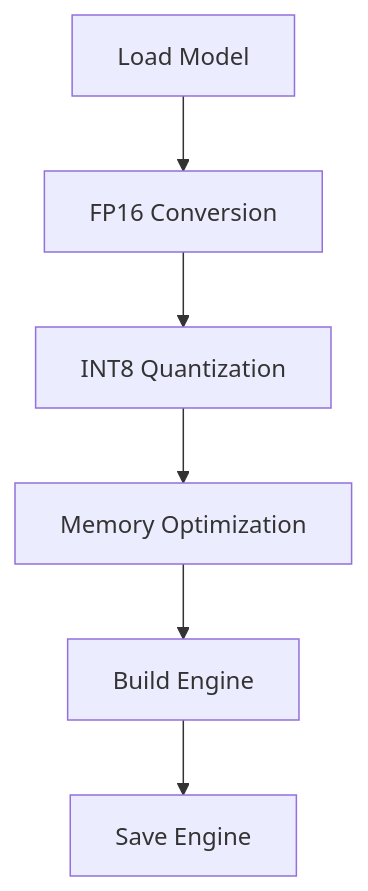
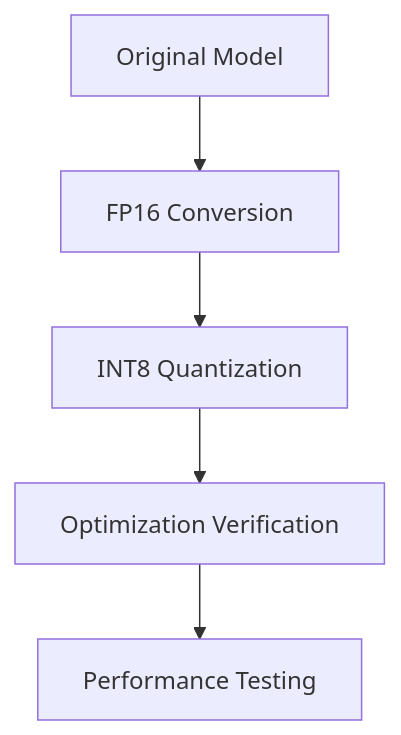
The diagram in docs/labs/lab2/tensorrt-optimization.md (ajeetraina/jetson-orin-nano-super-guide), drawn with Mermaid before and after one commit. The commit also changed other lines of this file and 2 other files, not shown here.

Commit message:
Add Lab 2 content for AI model optimization

````diff
--- a/docs/labs/lab2/tensorrt-optimization.md
+++ b/docs/labs/lab2/tensorrt-optimization.md
@@ -102,8 +5,7 @@
 ```mermaid
 graph TD
-    A[Load Model] --> B[FP16 Conversion]
+    A[Original Model] --> B[FP16 Conversion]
     B --> C[INT8 Quantization]
-    C --> D[Memory Optimization]
-    D --> E[Build Engine]
-    E --> F[Save Engine]
+    C --> D[Optimization Verification]
+    D --> E[Performance Testing]
 ```
````
